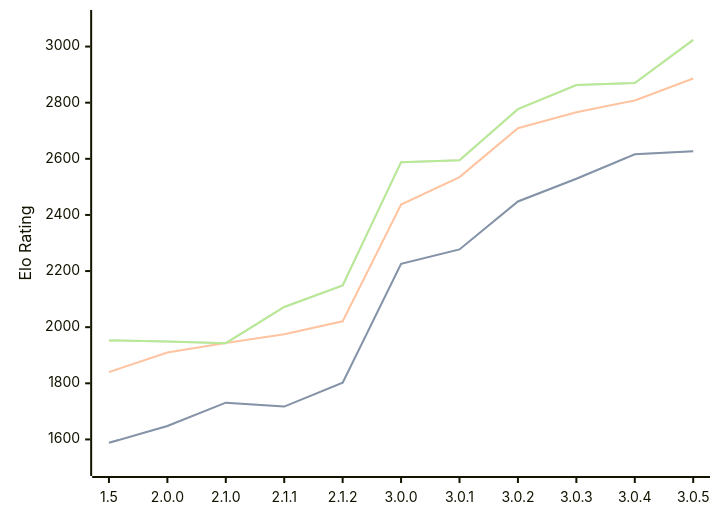
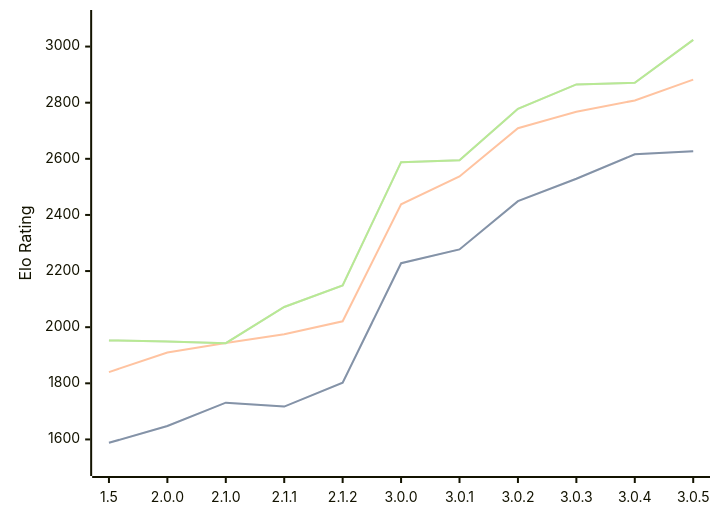
Before and after one commit to computer-chess-index/cci: the first of 3 diagrams in engines/Rudim.md, drawn with Mermaid. The commit also changed other lines of this file, not shown here.

Commit message:
Update CCI Ratings (ELO VLTC) - 2026-07-14

````diff
--- a/engines/Rudim.md
+++ b/engines/Rudim.md
@@ -50,11 +50,11 @@
 ```mermaid
 %%{init: {"theme":"base","themeVariables":{"seriesColors:['#a3a3a3','#222221','#faa371']}}}%%
 xychart-beta
   x-axis ["1.5", "2.0.0", "2.1.0", "2.1.1", "2.1.2", "3.0.0", "3.0.1", "3.0.2", "3.0.3", "3.0.4", "3.0.5"]
   y-axis "Elo Rating" 1500 --> 3100
-  line "STC (8.0+0.08s)" [1588, 1648, 1731, 1717, 1802, 2226, 2277, 2448, 2529, 2616, 2627]
-  line "STC (8.0+0.08s)" [1588, 1648, 1731, 1717, 1802, 2226, 2277, 2448, 2529, 2616, 2627]
-  line "LTC (60.0+0.60s)" [1840, 1910, 1944, 1975, 2021, 2437, 2535, 2709, 2766, 2808, 2886]
-  line "VLTC (2m24s+1.12s)" [1953, 1949, 1943, 2072, 2149, 2588, 2595, 2777, 2863, 2870, 3024]
-  line "VLTC (2m24s+1.12s)" [1953, 1949, 1943, 2072, 2149, 2588, 2595, 2777, 2863, 2870, 3024]
+  line "STC (8.0+0.08s)" [1588, 1648, 1731, 1717, 1802, 2228, 2277, 2449, 2529, 2616, 2627]
+  line "STC (8.0+0.08s)" [1588, 1648, 1731, 1717, 1802, 2228, 2277, 2449, 2529, 2616, 2627]
+  line "LTC (60.0+0.60s)" [1840, 1910, 1944, 1975, 2021, 2438, 2537, 2709, 2768, 2808, 2882]
+  line "VLTC (2m24s+1.12s)" [1953, 1949, 1943, 2072, 2149, 2588, 2595, 2778, 2865, 2871, 3024]
+  line "VLTC (2m24s+1.12s)" [1953, 1949, 1943, 2072, 2149, 2588, 2595, 2778, 2865, 2871, 3024]
 ```
````
